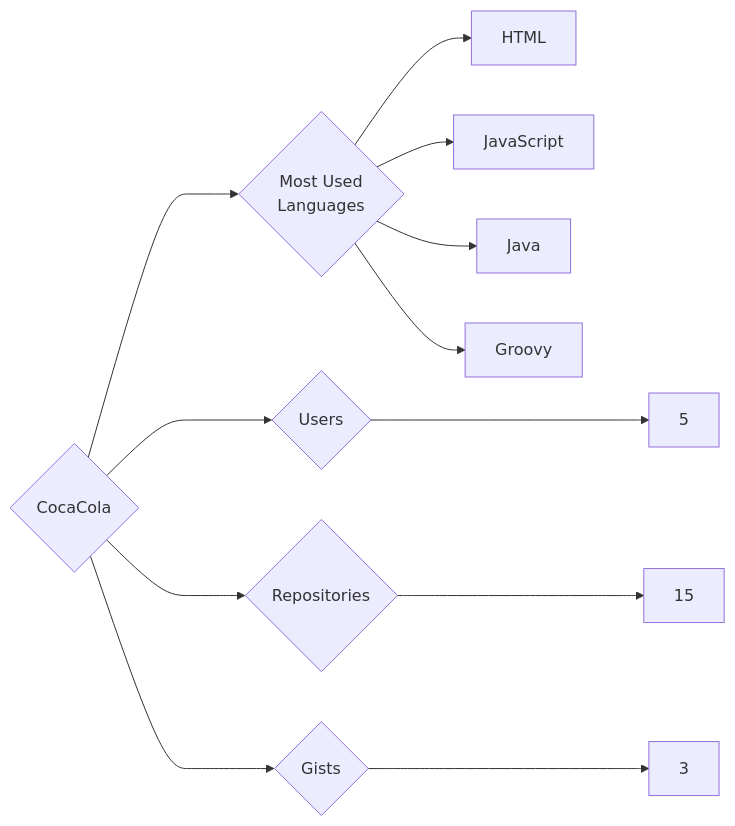
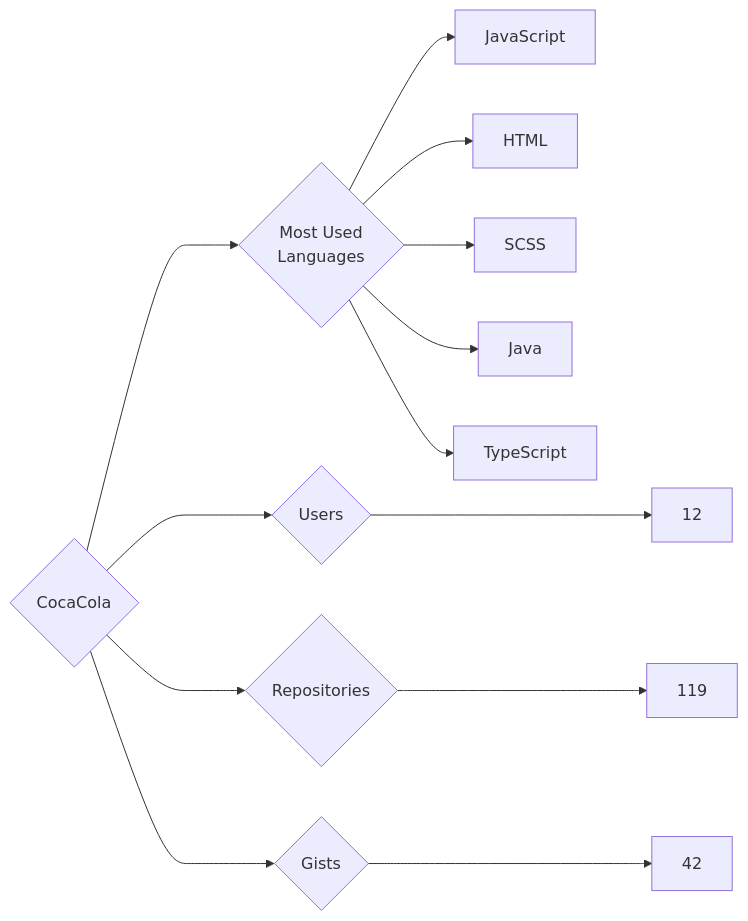
Before and after one commit to trickest/insiders: the diagram in targets/CocaCola/README.md, drawn with Mermaid. The commit also changed 837 other files, not shown here.

````diff
--- a/targets/CocaCola/README.md
+++ b/targets/CocaCola/README.md
@@ -3,12 +3,13 @@
 ```mermaid
 graph LR
 COMPANY_NAME{CocaCola}
-COMPANY_NAME ---> U{Users} ---> UN[5]
-COMPANY_NAME ---> R{Repositories} ---> RN[15]
-COMPANY_NAME ---> G{Gists} ---> GN[3]
+COMPANY_NAME ---> U{Users} ---> UN[12]
+COMPANY_NAME ---> R{Repositories} ---> RN[119]
+COMPANY_NAME ---> G{Gists} ---> GN[42]
 COMPANY_NAME ---> ML{Most Used<br>Languages}
+ML --> JavaScript[JavaScript]
 ML --> HTML[HTML]
-ML --> JavaScript[JavaScript]
+ML --> SCSS[SCSS]
 ML --> Java[Java]
-ML --> Groovy[Groovy]
+ML --> TypeScript[TypeScript]
 ```
````
